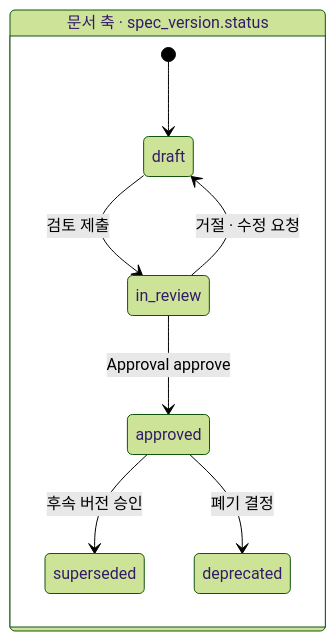
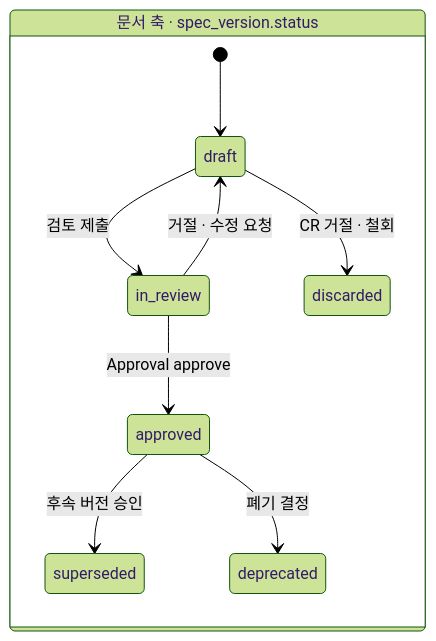
One commit to worker-ants/nerv changed the second of 2 diagrams in docs/03-proposal/data-model.md. Above: the diagram before and after it, drawn with Mermaid (forest theme). The commit also changed other lines of this file and 186 other files, not shown here.

````diff
--- a/docs/03-proposal/data-model.md
+++ b/docs/03-proposal/data-model.md
@@ -200,12 +217,13 @@
 ```mermaid
 stateDiagram-v2
   direction LR
   state "문서 축 · spec_version.status" as DOC {
     [*] --> draft
     draft --> in_review: 검토 제출
     in_review --> draft: 거절 · 수정 요청
+    draft --> discarded: CR 거절 · 철회
     in_review --> approved: Approval approve
     approved --> superseded: 후속 버전 승인
     approved --> deprecated: 폐기 결정
   }
 ```
````
